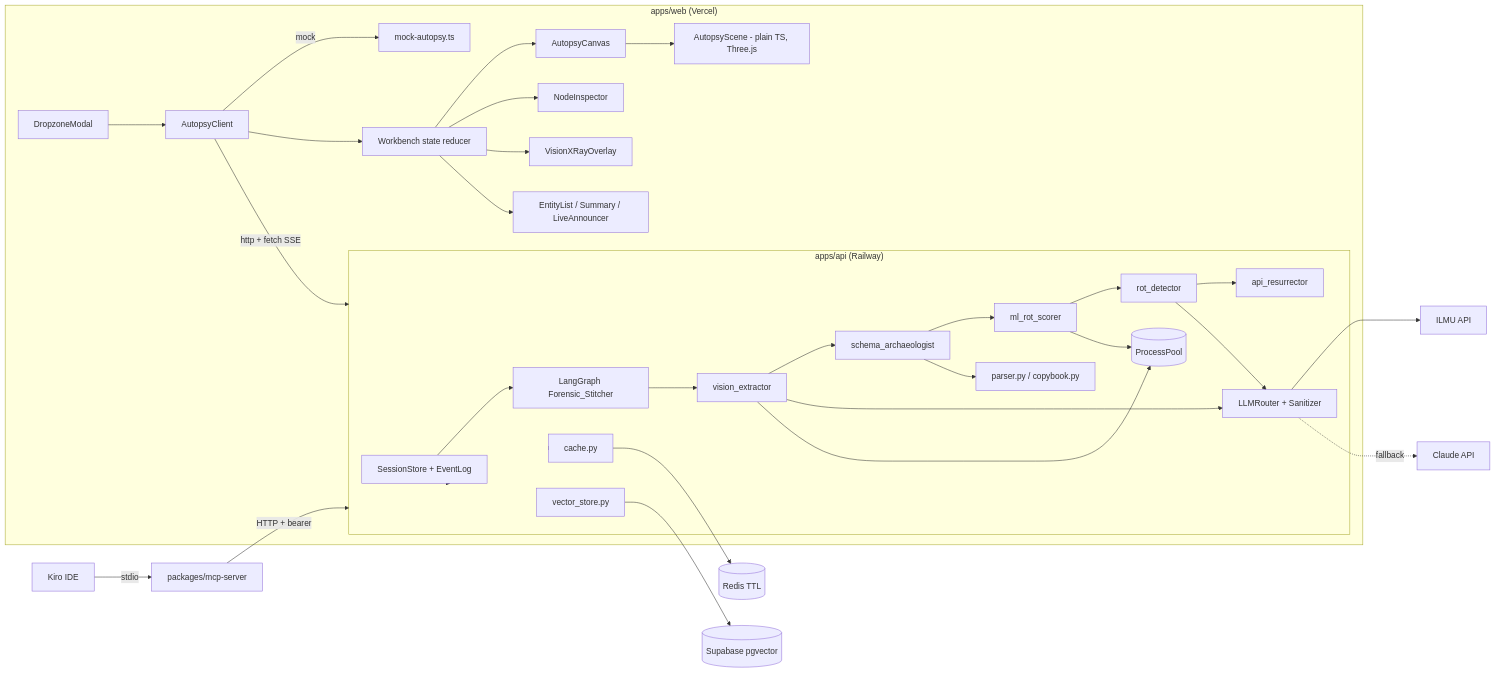
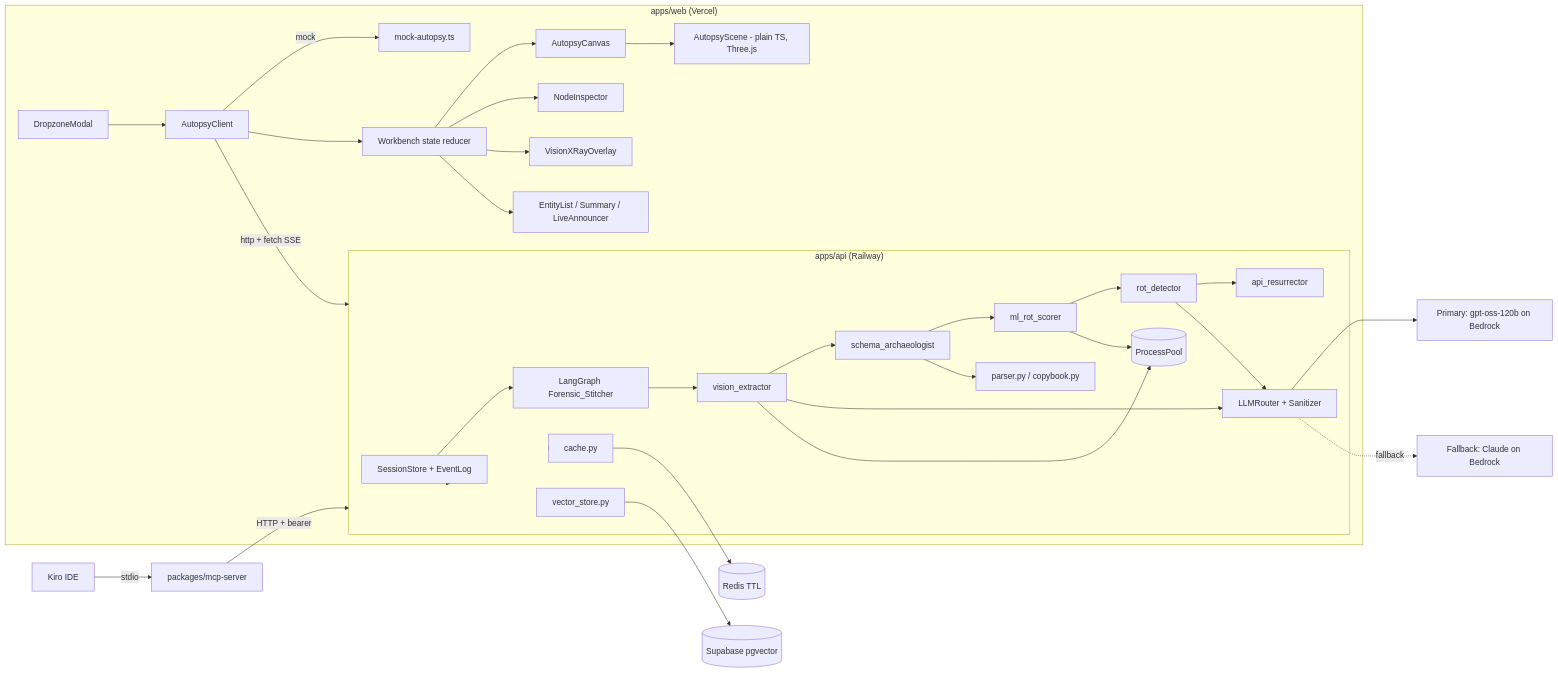
The first of 3 diagrams in .kiro/specs/digital-autopsy-engine/design.md (timothylee58/NecroLegacy), drawn with Mermaid before and after one commit. The commit also changed other lines of this file and 5 other files, not shown here.

````diff
--- a/.kiro/specs/digital-autopsy-engine/design.md
+++ b/.kiro/specs/digital-autopsy-engine/design.md
@@ -53,34 +53,34 @@
 ```mermaid
 flowchart LR
   subgraph Browser["apps/web (Vercel)"]
     DZ[DropzoneModal] --> CL[AutopsyClient]
     CL -->|mock| MK[mock-autopsy.ts]
     CL -->|http + fetch SSE| API
     CL --> UI[Workbench state reducer]
     UI --> CV[AutopsyCanvas] --> SC[AutopsyScene - plain TS, Three.js]
     UI --> ND[NodeInspector]
     UI --> XR[VisionXRayOverlay]
     UI --> EL[EntityList / Summary / LiveAnnouncer]
   end
   subgraph API["apps/api (Railway)"]
     API[FastAPI routes] --> SS[SessionStore + EventLog]
     API --> CA[cache.py]
     API --> VS[vector_store.py]
     SS --> G[LangGraph Forensic_Stitcher]
     G --> N1[vision_extractor]
     N1 --> N2[schema_archaeologist]
     N2 --> N3[ml_rot_scorer]
     N3 --> N4[rot_detector]
     N4 --> N5[api_resurrector]
     N2 --> PA[parser.py / copybook.py]
     N1 & N4 --> R[LLMRouter + Sanitizer]
     N3 --> PP[(ProcessPool)]
     N1 --> PP
   end
-  R --> ILMU[ILMU API]
-  R -.fallback.-> CLA[Claude API]
+  R --> PRI[Primary: gpt-oss-120b on Bedrock]
+  R -.fallback.-> FBK[Fallback: Claude on Bedrock]
   CA --> RD[(Redis TTL)]
   VS --> PG[(Supabase pgvector)]
   MCP[packages/mcp-server] -->|HTTP + bearer| API
   Kiro[Kiro IDE] -->|stdio| MCP
 ```
````
